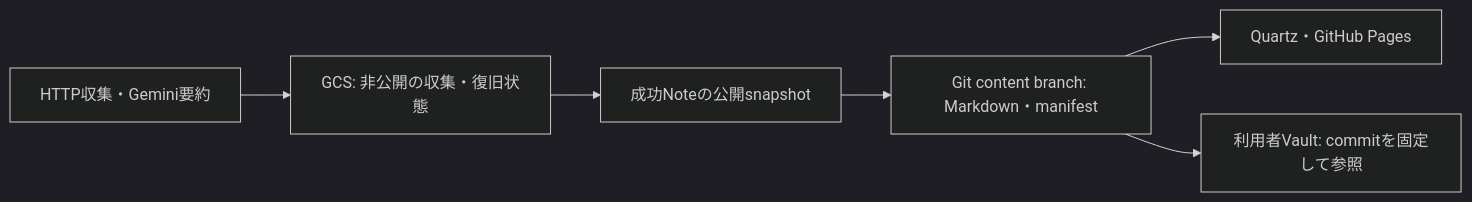
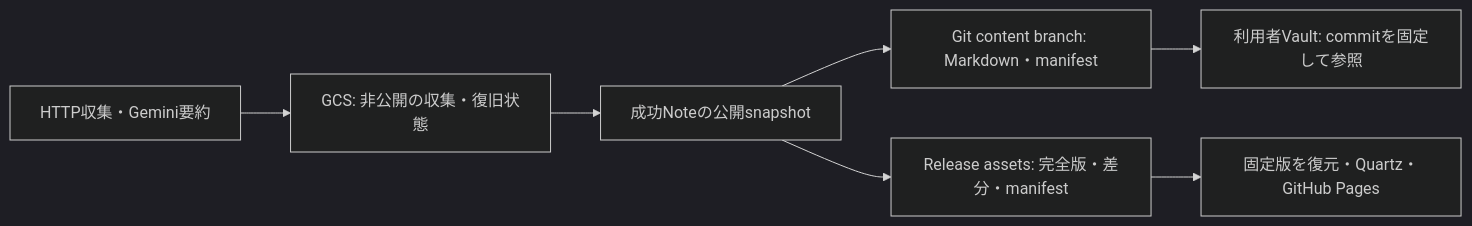
Before and after one commit to Ningensei848/kaname: the diagram in README.md, drawn with Mermaid (dark theme). The commit also changed other lines of this file and 20 other files, not shown here.

````diff
--- a/README.md
+++ b/README.md
@@ -8,8 +8,9 @@
 ```mermaid
 flowchart LR
     A[HTTP収集・Gemini要約] --> B[GCS: 非公開の収集・復旧状態]
     B --> C[成功Noteの公開snapshot]
     C --> D[Git content branch: Markdown・manifest]
-    D --> E[Quartz・GitHub Pages]
+    C --> R[Release assets: 完全版・差分・manifest]
+    R --> E[固定版を復元・Quartz・GitHub Pages]
     D --> F[利用者Vault: commitを固定して参照]
 ```
````
